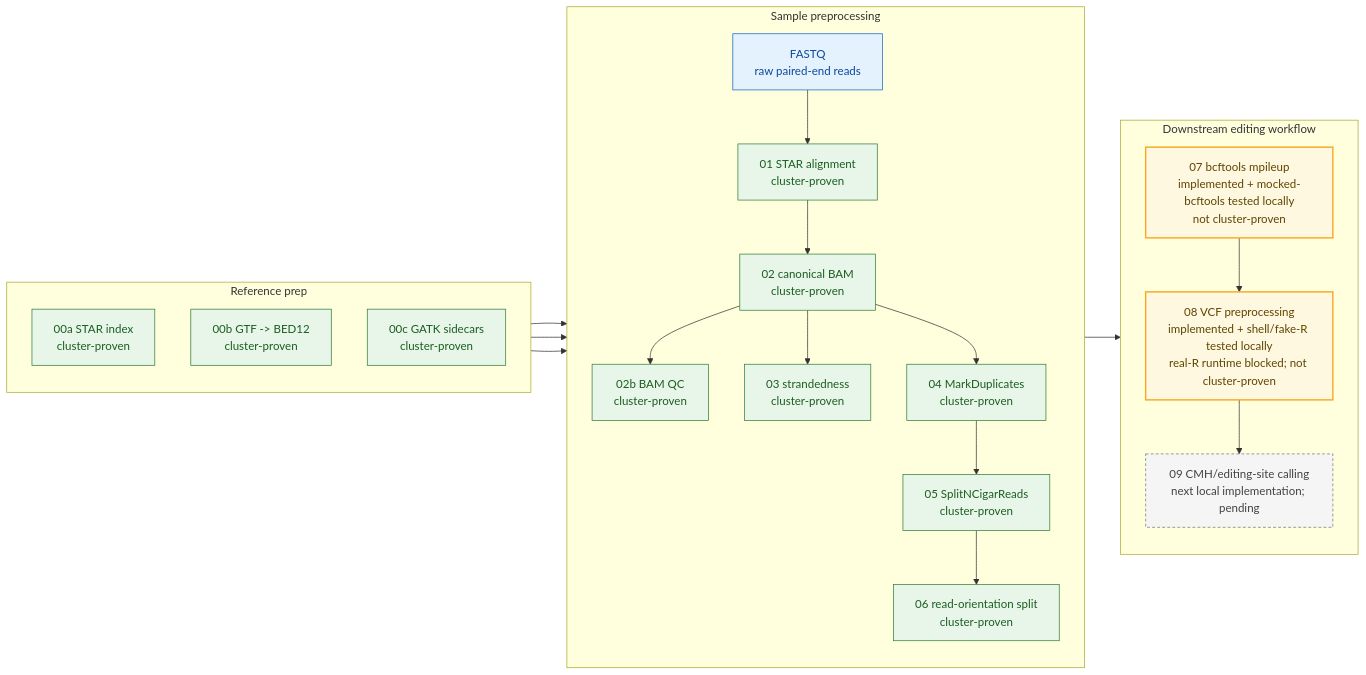
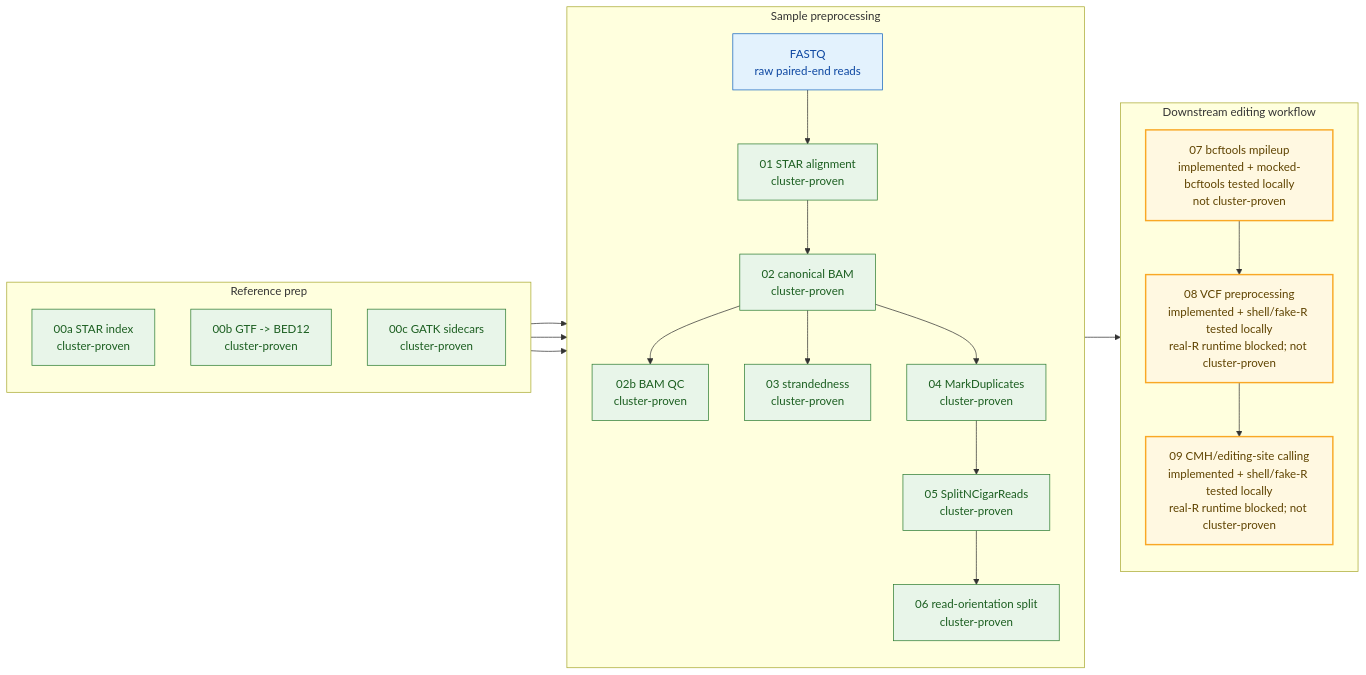
One commit to lab-cats/EMRYS changed the first of 2 diagrams in docs/architecture/ARCHITECTURE.md. Above: the diagram before and after it, drawn with Mermaid. The commit also changed other lines of this file and 12 other files, not shown here.

````diff
--- a/docs/architecture/ARCHITECTURE.md
+++ b/docs/architecture/ARCHITECTURE.md
@@ -25,46 +33,45 @@
 ```mermaid
 flowchart LR
     classDef proven fill:#e8f5e9,stroke:#2e7d32,color:#1b5e20
     classDef boundary fill:#fff8e1,stroke:#f9a825,color:#5f4300,stroke-width:2px
     classDef pending fill:#f5f5f5,stroke:#757575,color:#424242,stroke-dasharray:4 3
     classDef input fill:#e3f2fd,stroke:#1565c0,color:#0d47a1
 
     subgraph ref["Reference prep"]
         direction TB
         s00a["00a STAR index<br/>cluster-proven"]
         s00b["00b GTF -> BED12<br/>cluster-proven"]
         s00c["00c GATK sidecars<br/>cluster-proven"]
     end
 
     subgraph sample["Sample preprocessing"]
         direction TB
         fastq["FASTQ<br/>raw paired-end reads"]
         s01["01 STAR alignment<br/>cluster-proven"]
         s02["02 canonical BAM<br/>cluster-proven"]
         s02b["02b BAM QC<br/>cluster-proven"]
         s03["03 strandedness<br/>cluster-proven"]
         s04["04 MarkDuplicates<br/>cluster-proven"]
         s05["05 SplitNCigarReads<br/>cluster-proven"]
         s06["06 read-orientation split<br/>cluster-proven"]
     end
 
     subgraph downstream["Downstream editing workflow"]
         direction TB
         s07["07 bcftools mpileup<br/>implemented + mocked-bcftools tested locally<br/>not cluster-proven"]
         s08["08 VCF preprocessing<br/>implemented + shell/fake-R tested locally<br/>real-R runtime blocked; not cluster-proven"]
-        s09["09 CMH/editing-site calling<br/>next local implementation; pending"]
+        s09["09 CMH/editing-site calling<br/>implemented + shell/fake-R tested locally<br/>real-R runtime blocked; not cluster-proven"]
     end
 
     fastq --> s01 --> s02
     s00a --> s01
     s00b --> s03
     s00c --> s05
     s02 --> s02b
     s02 --> s03
     s02 --> s04 --> s05 --> s06 --> s07 --> s08 --> s09
 
     class fastq input
     class s00a,s00b,s00c,s01,s02,s02b,s03,s04,s05,s06 proven
-    class s07,s08 boundary
-    class s09 pending
+    class s07,s08,s09 boundary
 ```
````
